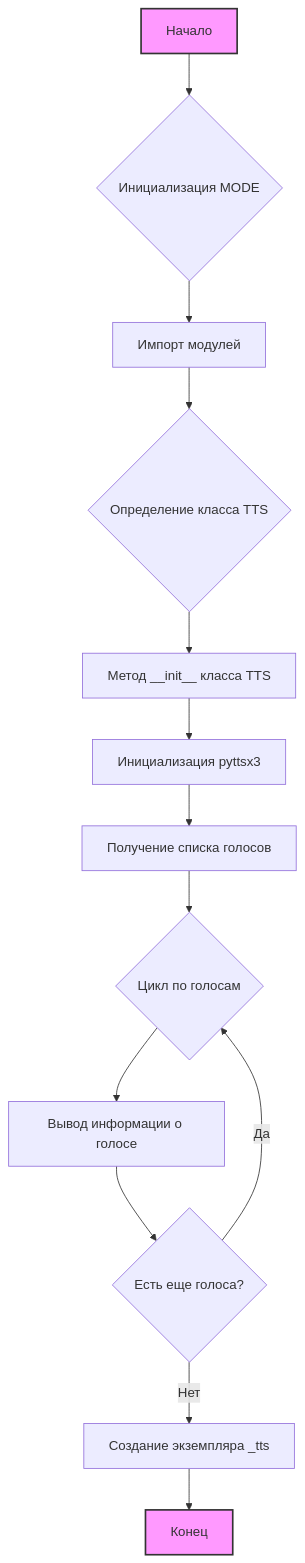
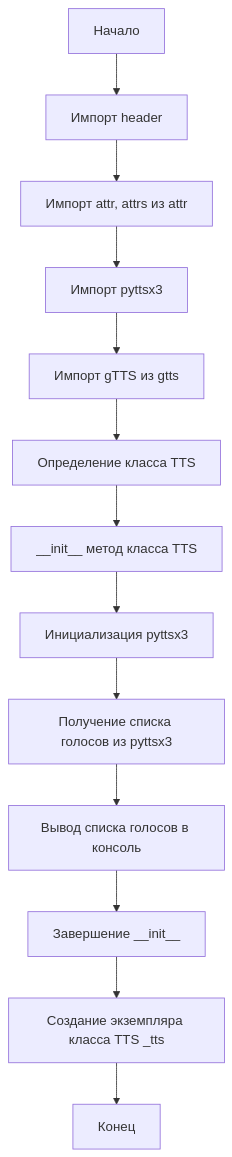
One commit to hypo69/hypo changed the first of 2 diagrams in docs/gemini/ru/explainer/src/goog/text_to_speech/__init__.py.md. Above: the diagram before and after it, drawn with Mermaid. The commit also changed other lines of this file and 596 other files, not shown here.

````diff
--- a/docs/gemini/ru/explainer/src/goog/text_to_speech/__init__.py.md
+++ b/docs/gemini/ru/explainer/src/goog/text_to_speech/__init__.py.md
@@ -24,18 +7,15 @@
 ```mermaid
 graph TD
-    A[Начало] --> B{Инициализация MODE};
-    B --> C[Импорт модулей];
-    C --> D{Определение класса TTS};
-    D --> E[Метод __init__ класса TTS];
-    E --> F[Инициализация pyttsx3];
-    F --> G[Получение списка голосов];
-    G --> H{Цикл по голосам};
-    H --> I[Вывод информации о голосе];
-    I --> J{Есть еще голоса?};
-    J -- Да --> H;
-    J -- Нет --> K[Создание экземпляра _tts];
-    K --> L[Конец];
-    
-    style A fill:#f9f,stroke:#333,stroke-width:2px
-    style L fill:#f9f,stroke:#333,stroke-width:2px
+    Start[Начало] --> ImportHeader[Импорт header]
+    ImportHeader --> ImportAttr[Импорт attr, attrs из attr]
+    ImportAttr --> ImportPyttsx3[Импорт pyttsx3]
+    ImportPyttsx3 --> ImportGtts[Импорт gTTS из gtts]
+    ImportGtts --> ClassTTS[Определение класса TTS]
+    ClassTTS --> InitTTS[__init__ метод класса TTS]
+    InitTTS --> InitPyttsx3[Инициализация pyttsx3]
+    InitPyttsx3 --> GetVoices[Получение списка голосов из pyttsx3]
+    GetVoices --> PrintVoices[Вывод списка голосов в консоль]
+    PrintVoices --> EndInitTTS[Завершение __init__]
+    EndInitTTS --> CreateTtsInstance[Создание экземпляра класса TTS _tts]
+    CreateTtsInstance --> End[Конец]
 ```
````
